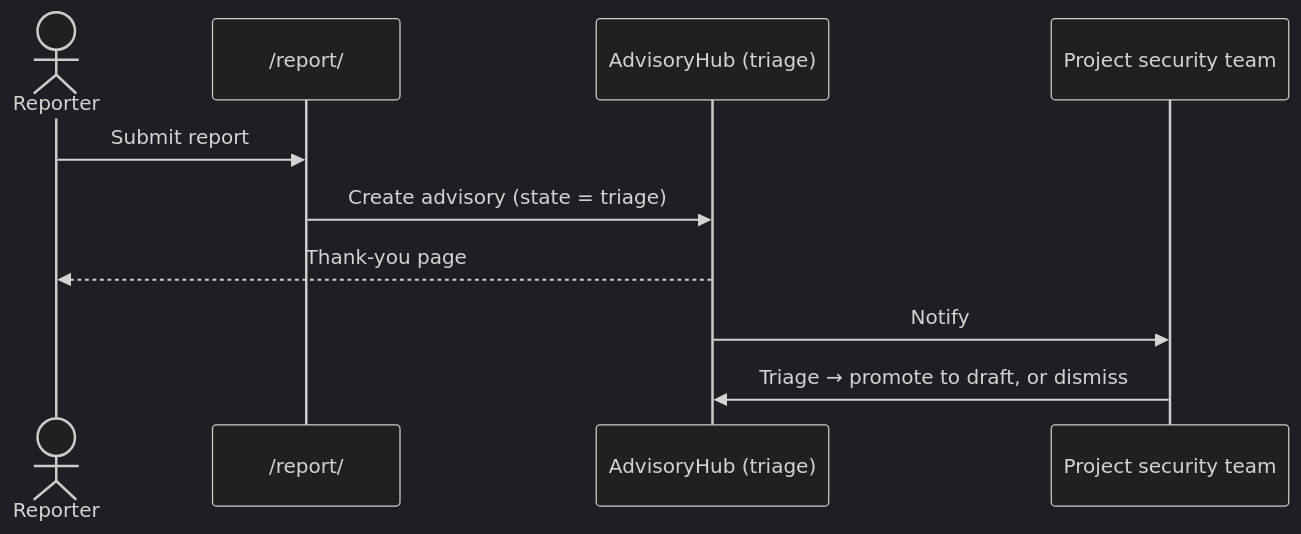
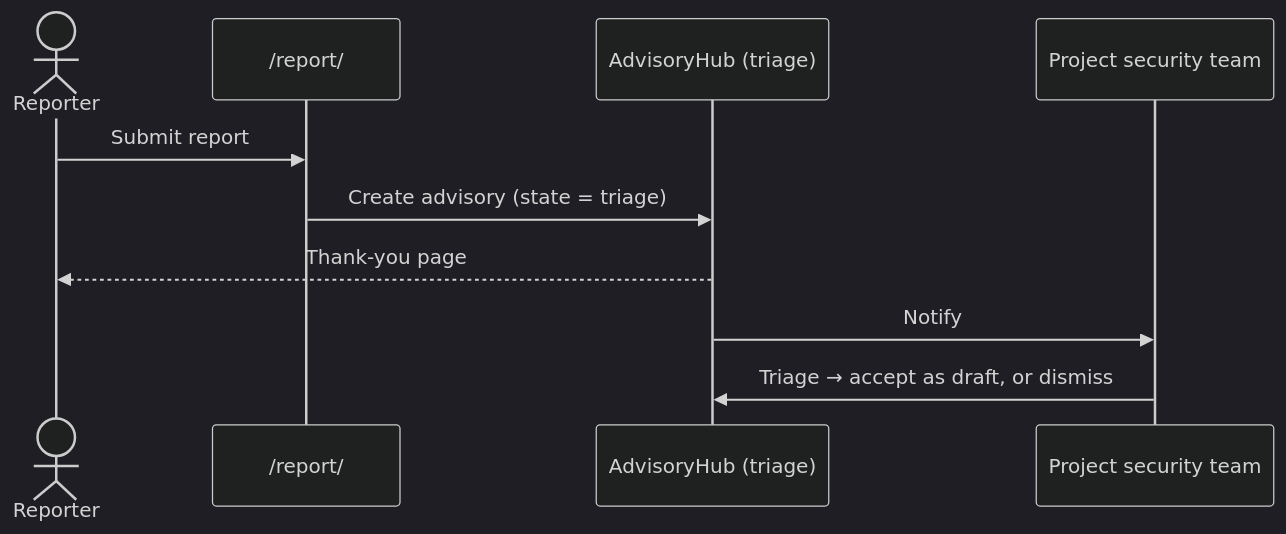
One commit to eclipse-csi/advisoryhub changed the diagram in docs/manual/reporter.md. Above: the diagram before and after it, drawn with Mermaid (dark theme). The commit also changed other lines of this file and 6 other files, not shown here.

First line of the commit message:
refactor(triage): reword "Promote to draft" to "Accept as draft"

````diff
--- a/docs/manual/reporter.md
+++ b/docs/manual/reporter.md
@@ -74,12 +74,12 @@
 ```mermaid
 sequenceDiagram
     actor Reporter
     participant Form as /report/
     participant Hub as AdvisoryHub (triage)
     participant Team as Project security team
     Reporter->>Form: Submit report
     Form->>Hub: Create advisory (state = triage)
     Hub-->>Reporter: Thank-you page
     Hub->>Team: Notify
-    Team->>Hub: Triage → promote to draft, or dismiss
+    Team->>Hub: Triage → accept as draft, or dismiss
 ```
````
